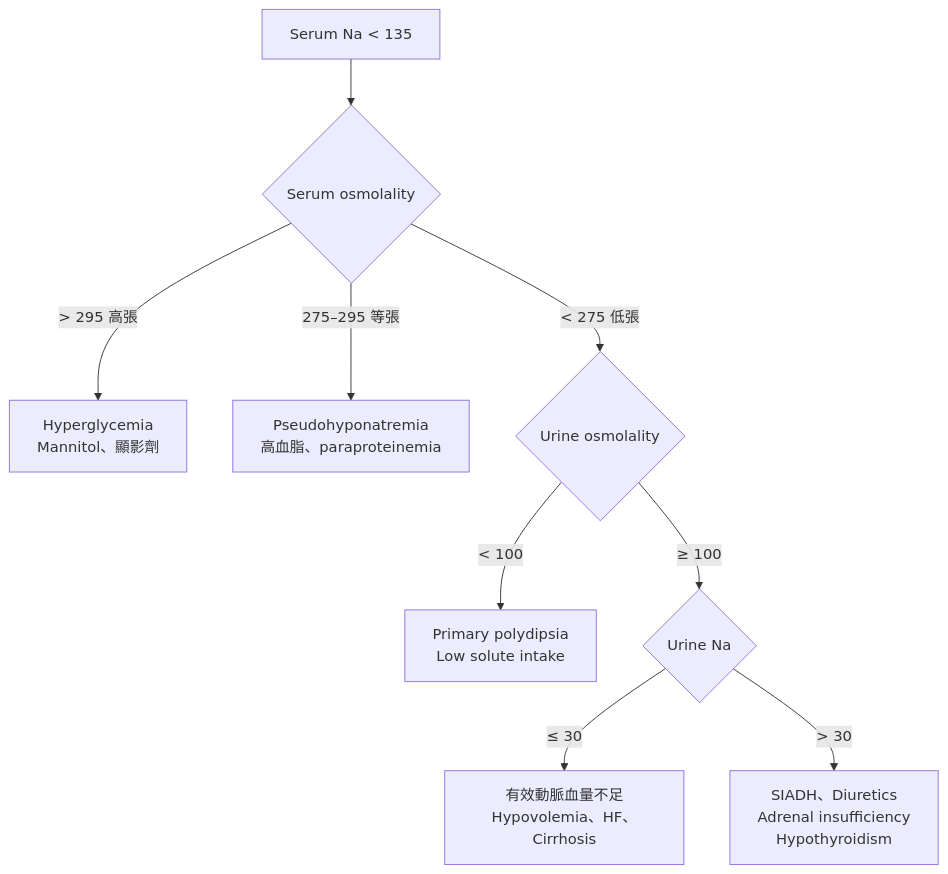
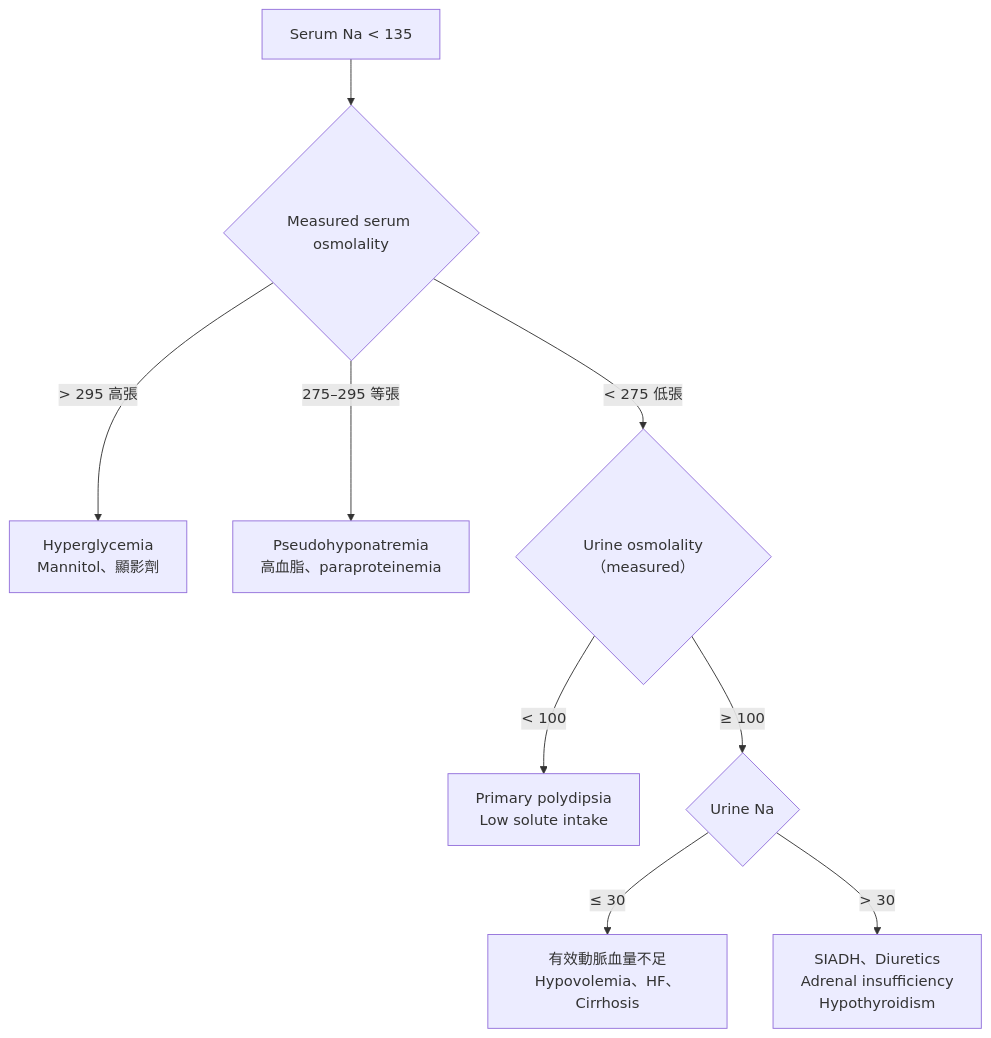
Before and after one commit to youngmd-notes/youngmd-notes.github.io: the diagram in content/nephrology/hyponatremia.md, drawn with Mermaid. The commit also changed other lines of this file and 2 other files, not shown here.

First line of the commit message:
滲透壓標示 calculated 或 measured，並新增三種滲透壓比較

````diff
--- a/content/nephrology/hyponatremia.md
+++ b/content/nephrology/hyponatremia.md
@@ -23,11 +23,11 @@
 ```mermaid
 flowchart TD
-    A["Serum Na < 135"] --> B{"Serum osmolality"}
+    A["Serum Na < 135"] --> B{"Measured serum osmolality"}
     B -->|"> 295 高張"| C["Hyperglycemia<br/>Mannitol、顯影劑"]
     B -->|"275–295 等張"| D["Pseudohyponatremia<br/>高血脂、paraproteinemia"]
-    B -->|"< 275 低張"| E{"Urine osmolality"}
+    B -->|"< 275 低張"| E{"Urine osmolality（measured）"}
     E -->|"< 100"| F["Primary polydipsia<br/>Low solute intake"]
     E -->|"≥ 100"| G{"Urine Na"}
     G -->|"≤ 30"| H["有效動脈血量不足<br/>Hypovolemia、HF、Cirrhosis"]
     G -->|"> 30"| I["SIADH、Diuretics<br/>Adrenal insufficiency<br/>Hypothyroidism"]
 ```
````
